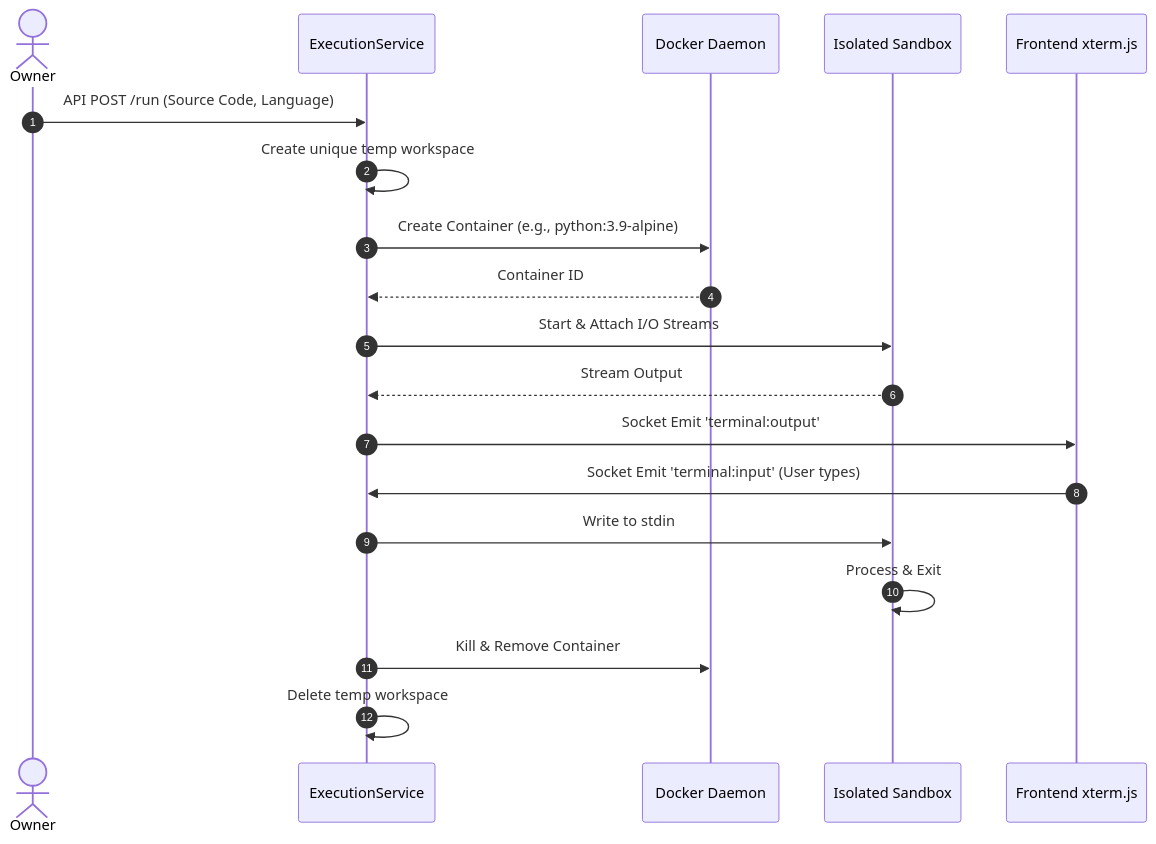
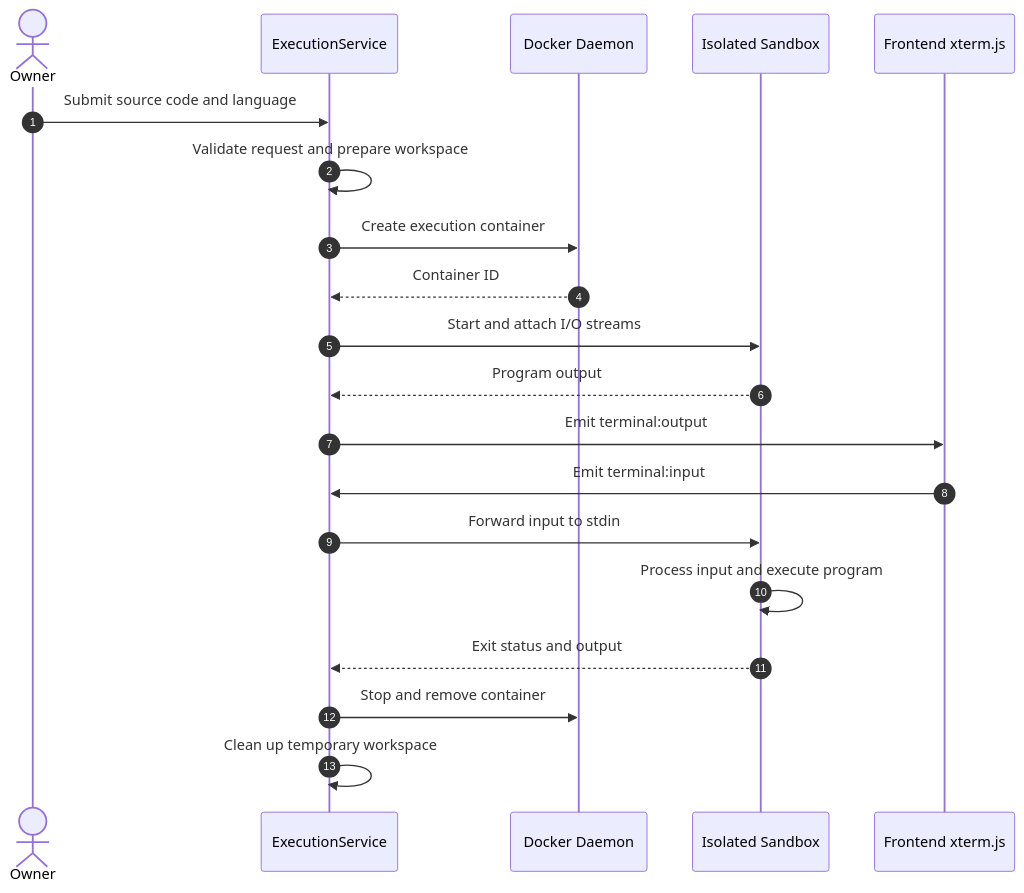
One commit to Kunal-Bagul/CodeCrew changed the third of 3 diagrams in README.md. Above: the diagram before and after it, drawn with Mermaid. The commit also changed other lines of this file, not shown here.

````diff
--- a/README.md
+++ b/README.md
@@ -120,22 +161,23 @@
 ```mermaid
 sequenceDiagram
     autonumber
     actor Owner
     participant ExecSvc as ExecutionService
     participant Docker as Docker Daemon
     participant Container as Isolated Sandbox
     participant Term as Frontend xterm.js
-    
-    Owner->>ExecSvc: API POST /run (Source Code, Language)
-    ExecSvc->>ExecSvc: Create unique temp workspace
-    ExecSvc->>Docker: Create Container (e.g., python:3.9-alpine)
+
+    Owner->>ExecSvc: Submit source code and language
+    ExecSvc->>ExecSvc: Validate request and prepare workspace
+    ExecSvc->>Docker: Create execution container
     Docker-->>ExecSvc: Container ID
-    ExecSvc->>Container: Start & Attach I/O Streams
-    Container-->>ExecSvc: Stream Output
-    ExecSvc->>Term: Socket Emit 'terminal:output'
-    Term->>ExecSvc: Socket Emit 'terminal:input' (User types)
-    ExecSvc->>Container: Write to stdin
-    Container->>Container: Process & Exit
-    ExecSvc->>Docker: Kill & Remove Container
-    ExecSvc->>ExecSvc: Delete temp workspace
+    ExecSvc->>Container: Start and attach I/O streams
+    Container-->>ExecSvc: Program output
+    ExecSvc->>Term: Emit terminal:output
+    Term->>ExecSvc: Emit terminal:input
+    ExecSvc->>Container: Forward input to stdin
+    Container->>Container: Process input and execute program
+    Container-->>ExecSvc: Exit status and output
+    ExecSvc->>Docker: Stop and remove container
+    ExecSvc->>ExecSvc: Clean up temporary workspace
 ```
````
